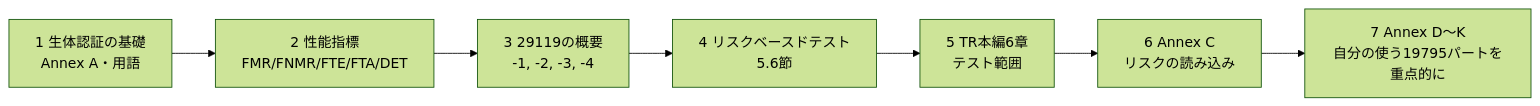
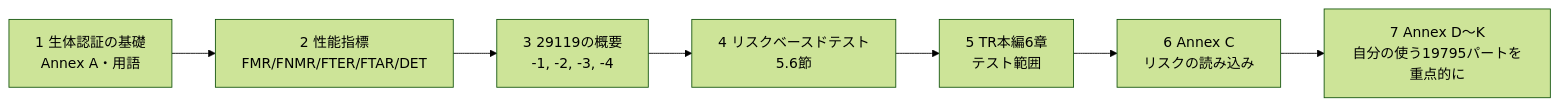
Diagram 17 of 17 in Iso-iec-tr-29119-13-guide.md (myoshi2891/Quality-Assurance-Studies), drawn with Mermaid (forest theme) before and after one commit. The commit also changed other lines of this file, not shown here.

Commit message:
docs(iso-29119-13): refine biometric testing terminology for match, FTE/FTER, and FTA/FTAR

````diff
--- a/Iso-iec-tr-29119-13-guide.md
+++ b/Iso-iec-tr-29119-13-guide.md
@@ -678,9 +680,9 @@
 ```mermaid
 flowchart LR
-    L1["1 生体認証の基礎<br/>Annex A・用語"] --> L2["2 性能指標<br/>FMR/FNMR/FTE/FTA/DET"]
+    L1["1 生体認証の基礎<br/>Annex A・用語"] --> L2["2 性能指標<br/>FMR/FNMR/FTER/FTAR/DET"]
     L2 --> L3["3 29119の概要<br/>-1, -2, -3, -4"]
     L3 --> L4["4 リスクベースドテスト<br/>5.6節"]
     L4 --> L5["5 TR本編6章<br/>テスト範囲"]
     L5 --> L6["6 Annex C<br/>リスクの読み込み"]
     L6 --> L7["7 Annex D〜K<br/>自分の使う19795パートを重点的に"]
 ```
````
